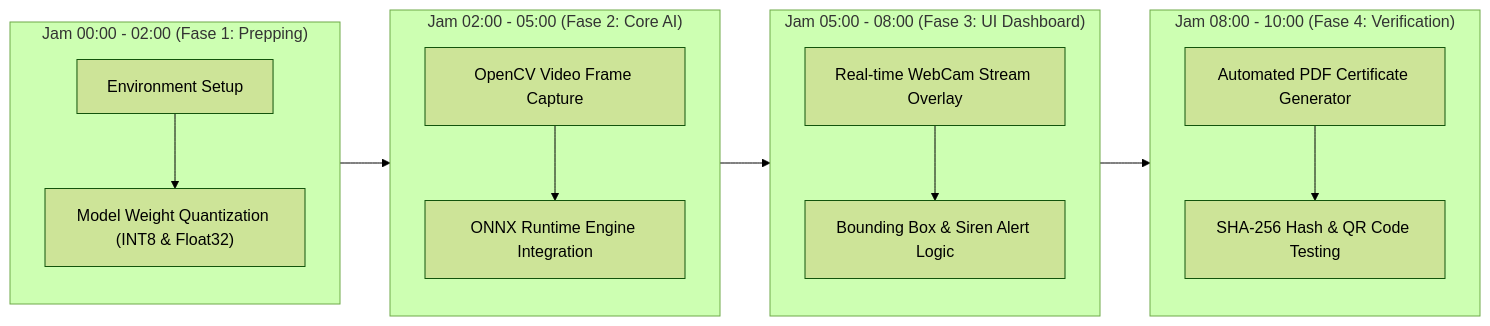
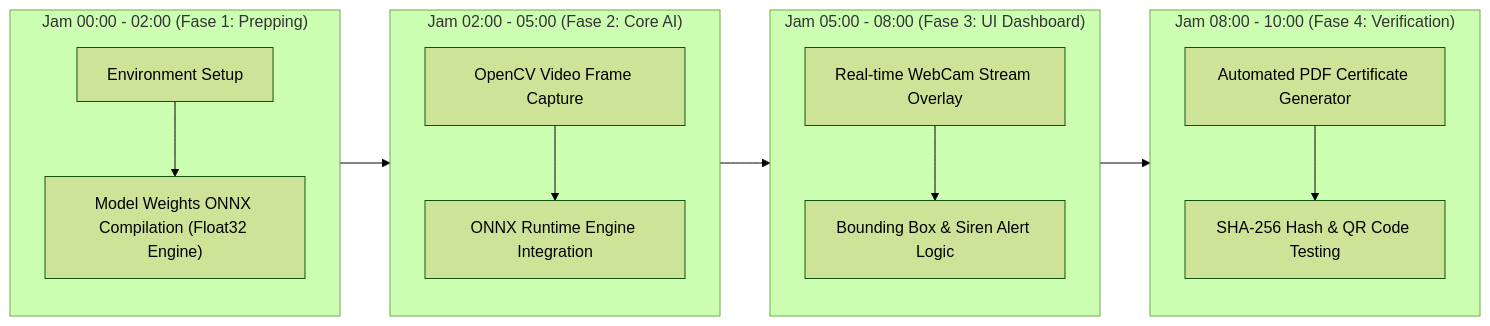
Before and after one commit to Rkaaaa404/context-QC: the fourth of 4 diagrams in proposal/Draft_Proposal_Inovasi_v1.md, drawn with Mermaid (forest theme). The commit also changed other lines of this file and 9 other files, not shown here.

Commit message:
feat: remove quantization on model 1, update model 2 pipeline

````diff
--- a/proposal/Draft_Proposal_Inovasi_v1.md
+++ b/proposal/Draft_Proposal_Inovasi_v1.md
@@ -262,24 +262,24 @@
 ```mermaid
 flowchart LR
     subgraph P1 ["Jam 00:00 - 02:00 (Fase 1: Prepping)"]
         direction TB
-        A1["Environment Setup"] --> A2["Model Weight Quantization (INT8 & Float32)"]
+        A1["Environment Setup"] --> A2["Model Weights ONNX Compilation (Float32 Engine)"]
     end
 
     subgraph P2 ["Jam 02:00 - 05:00 (Fase 2: Core AI)"]
         direction TB
         B1["OpenCV Video Frame Capture"] --> B2["ONNX Runtime Engine Integration"]
     end
 
     subgraph P3 ["Jam 05:00 - 08:00 (Fase 3: UI Dashboard)"]
         direction TB
         C1["Real-time WebCam Stream Overlay"] --> C2["Bounding Box & Siren Alert Logic"]
     end
 
     subgraph P4 ["Jam 08:00 - 10:00 (Fase 4: Verification)"]
         direction TB
         D1["Automated PDF Certificate Generator"] --> D2["SHA-256 Hash & QR Code Testing"]
     end
 
     P1 --> P2 --> P3 --> P4
 ```
````
